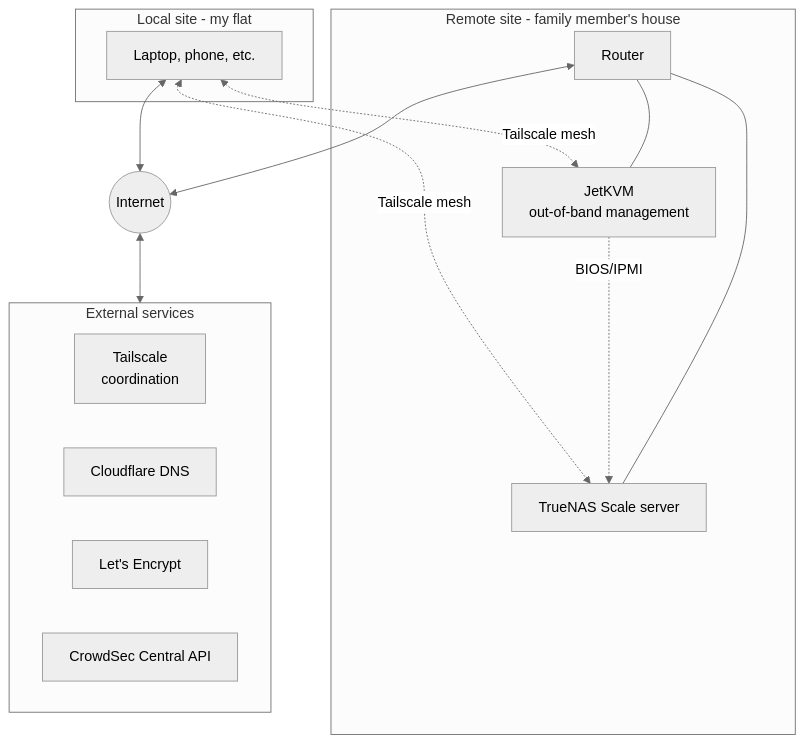
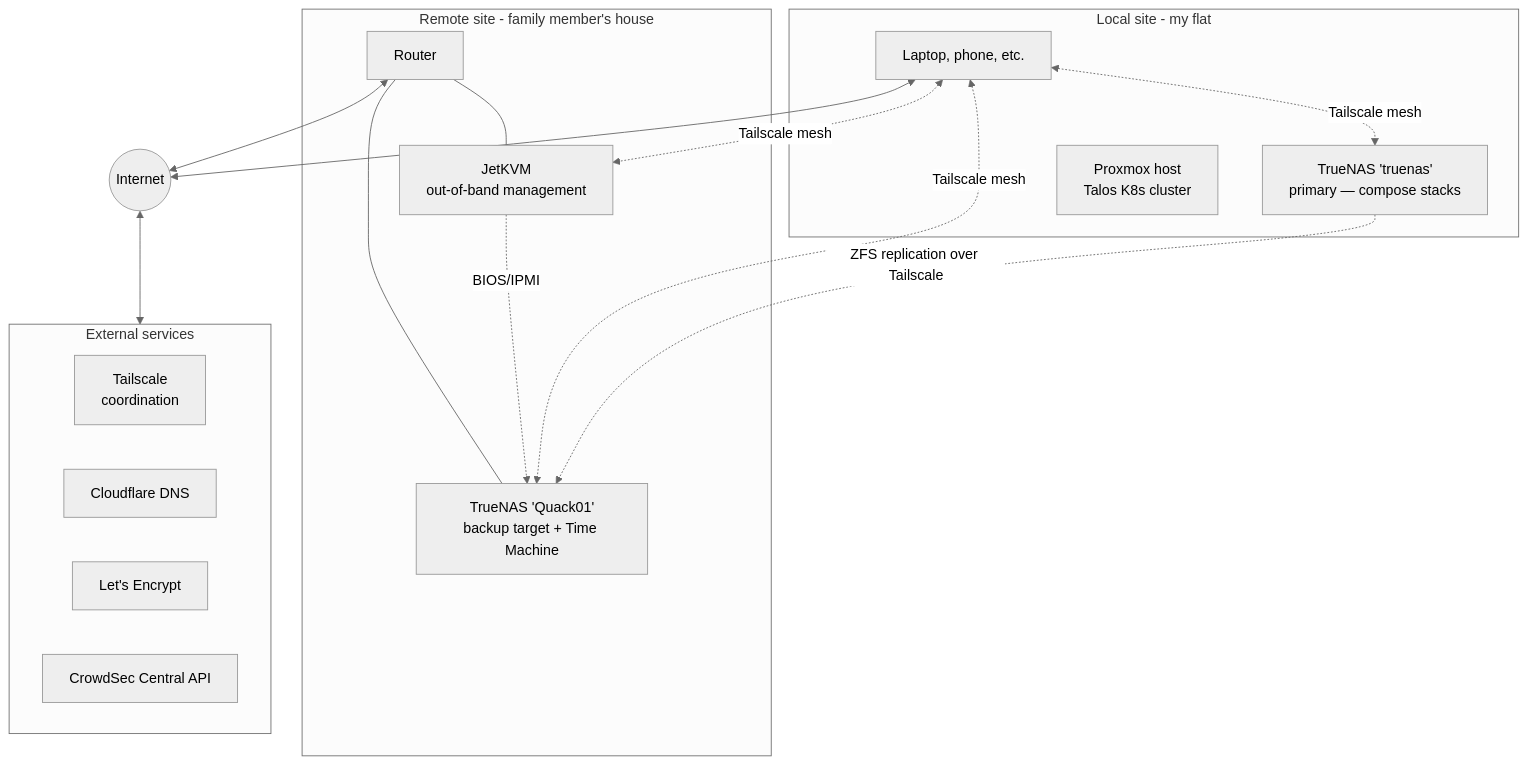
The first of 3 diagrams in docs/architecture.md (H-Mateus/homelab), drawn with Mermaid (neutral theme) before and after one commit. The commit also changed other lines of this file, not shown here.

First line of the commit message:
docs(architecture): storage migration to the primary complete

````diff
--- a/docs/architecture.md
+++ b/docs/architecture.md
@@ -29,31 +37,35 @@
 ```mermaid
 flowchart TB
     subgraph Remote[Remote site - family member's house]
         Router1[Router]
-        TrueNAS[TrueNAS Scale server]
+        TrueNAS["TrueNAS 'Quack01'<br/>backup target + Time Machine"]
         JetKVM[JetKVM<br/>out-of-band management]
         Router1 --- TrueNAS
         Router1 --- JetKVM
         JetKVM -.BIOS/IPMI.-> TrueNAS
     end
 
     subgraph Local[Local site - my flat]
         Devices[Laptop, phone, etc.]
+        LocalTrueNAS["TrueNAS 'truenas'<br/>primary — compose stacks"]
+        Proxmox[Proxmox host<br/>Talos K8s cluster]
     end
 
     subgraph Cloud[External services]
         Tailscale[Tailscale<br/>coordination]
         CF[Cloudflare DNS]
         LE[Let's Encrypt]
         CS[CrowdSec Central API]
     end
 
     Internet((Internet))
 
     Router1 <--> Internet
     Devices <--> Internet
     Internet <--> Cloud
 
+    Devices <-.Tailscale mesh.-> LocalTrueNAS
     Devices <-.Tailscale mesh.-> TrueNAS
     Devices <-.Tailscale mesh.-> JetKVM
+    LocalTrueNAS -.ZFS replication over Tailscale.-> TrueNAS
 ```
````
